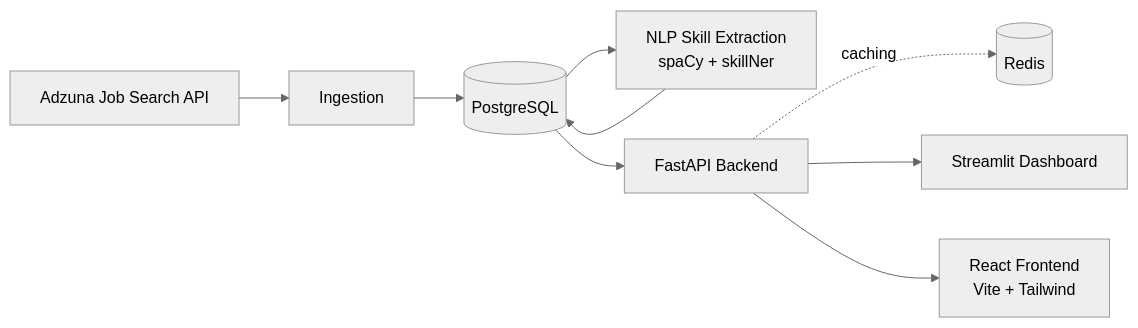
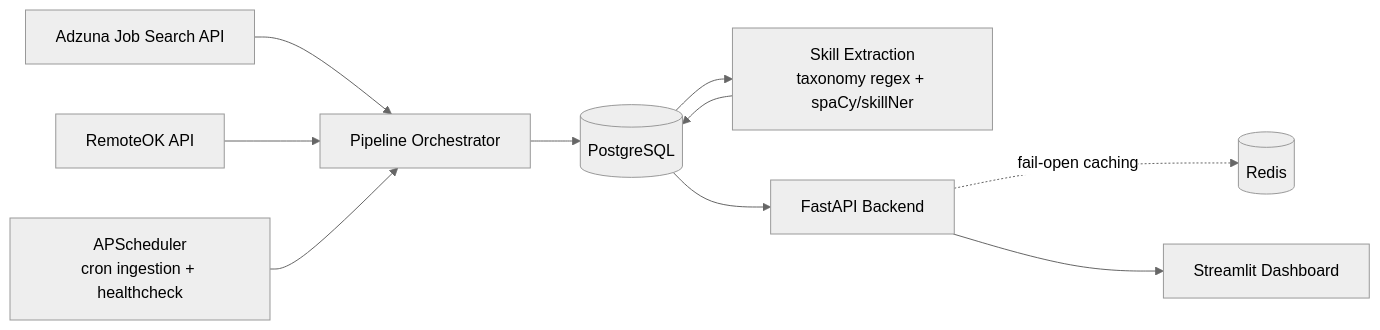
Before and after one commit to DharmiSapariya/NextSkill: the diagram in README.md, drawn with Mermaid (neutral theme). The commit also changed other lines of this file, not shown here.

````diff
--- a/README.md
+++ b/README.md
@@ -37,11 +36,12 @@
 ```mermaid
 flowchart LR
-    A[Adzuna Job Search API] --> B[Ingestion]
-    B --> C[(PostgreSQL)]
-    C --> D[NLP Skill Extraction<br/>spaCy + skillNer]
+    A[Adzuna Job Search API] --> P[Pipeline Orchestrator]
+    B[RemoteOK API] --> P
+    P --> C[(PostgreSQL)]
+    C --> D[Skill Extraction<br/>taxonomy regex + spaCy/skillNer]
     D --> C
     C --> E[FastAPI Backend]
-    E -.->|caching| R[(Redis)]
-    E --> F[Streamlit Dashboard]
-    E --> G[React Frontend<br/>Vite + Tailwind]
+    E -.->|fail-open caching| R[(Redis)]
+    S[APScheduler<br/>cron ingestion + healthcheck] --> P
+    E --> DASH[Streamlit Dashboard]
 ```
````
